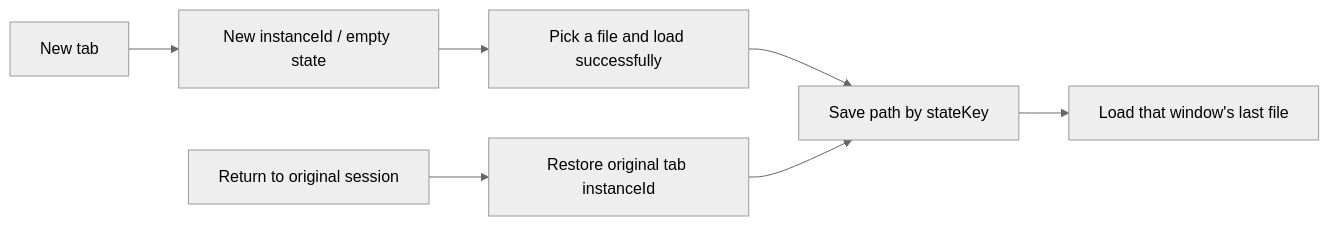
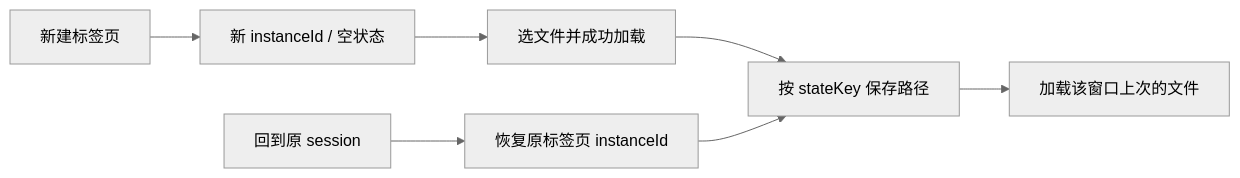
One commit to osben/ZCode changed the diagram in docs/plugins/2026-10-15-office-viewer-builtin-panels-spec.md. Above: the diagram before and after it, drawn with Mermaid (neutral theme). The commit also changed other lines of this file and 5391 other files, not shown here.

````diff
--- a/docs/plugins/2026-10-15-office-viewer-builtin-panels-spec.md
+++ b/docs/plugins/2026-10-15-office-viewer-builtin-panels-spec.md
@@ -79,9 +69,9 @@
 ```mermaid
 flowchart LR
-  A[New tab] --> B[New instanceId / empty state]
-  B --> C[Pick a file and load successfully]
-  C --> D[Save path by stateKey]
-  E[Return to original session] --> F[Restore original tab instanceId]
+  A[新建标签页] --> B[新 instanceId / 空状态]
+  B --> C[选文件并成功加载]
+  C --> D[按 stateKey 保存路径]
+  E[回到原 session] --> F[恢复原标签页 instanceId]
   F --> D
-  D --> G[Load that window's last file]
+  D --> G[加载该窗口上次的文件]
 ```
````
